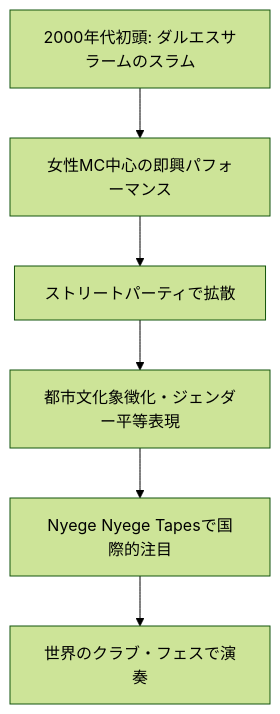
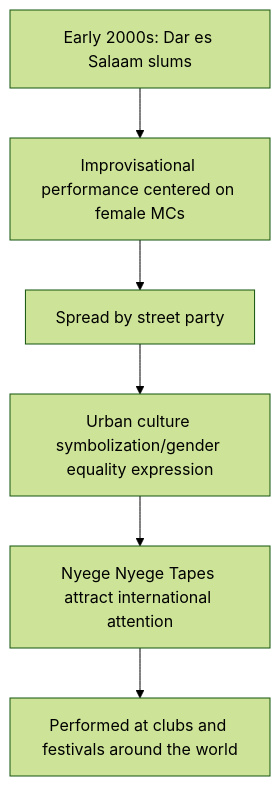
The first of 6 diagrams in en/_posts/2025-10-04-Column-Nyege-Nyege.md (monumental-movement/monumental-movement.github.io), drawn with Mermaid (forest theme) before and after one commit. The commit also changed other lines of this file and 1631 other files, not shown here.

```diff
--- a/en/_posts/2025-10-04-Column-Nyege-Nyege.md
+++ b/en/_posts/2025-10-04-Column-Nyege-Nyege.md
@@ -102,10 +101,10 @@
 <div class="mermaid">
 
 flowchart TD
-    A["2000年代初頭: ダルエスサラームのスラム"] --> B["女性MC中心の即興パフォーマンス"]
-    B --> C["ストリートパーティで拡散"]
-        C --> D["都市文化象徴化・ジェンダー平等表現"]
-    D --> E["Nyege Nyege Tapesで国際的注目"]
-    E --> F["世界のクラブ・フェスで演奏"]
+    A["Early 2000s: Dar es Salaam slums"] --> B["Improvisational performance centered on female MCs"]
+    B --> C["Spread by street party"]
+        C --> D["Urban culture symbolization/gender equality expression"]
+    D --> E["Nyege Nyege Tapes attract international attention"]
+    E --> F["Performed at clubs and festivals around the world"]
 
 </div>
```
